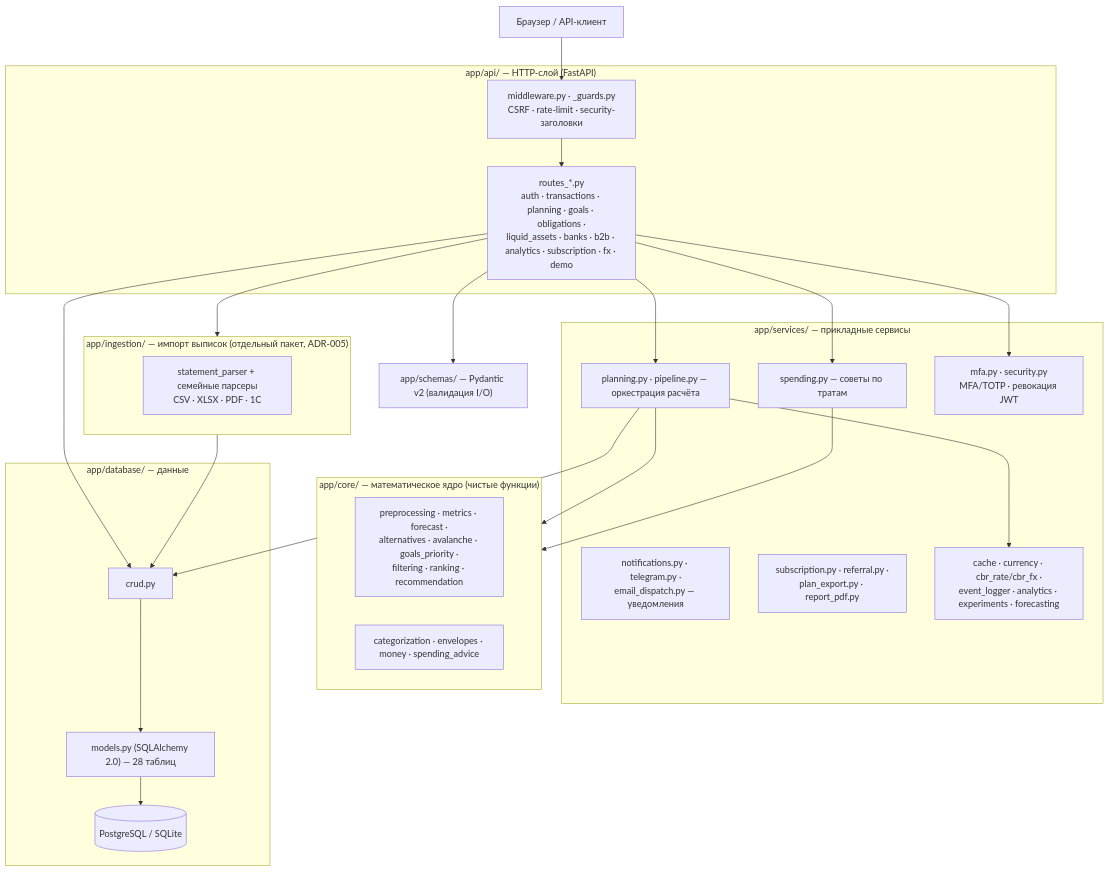
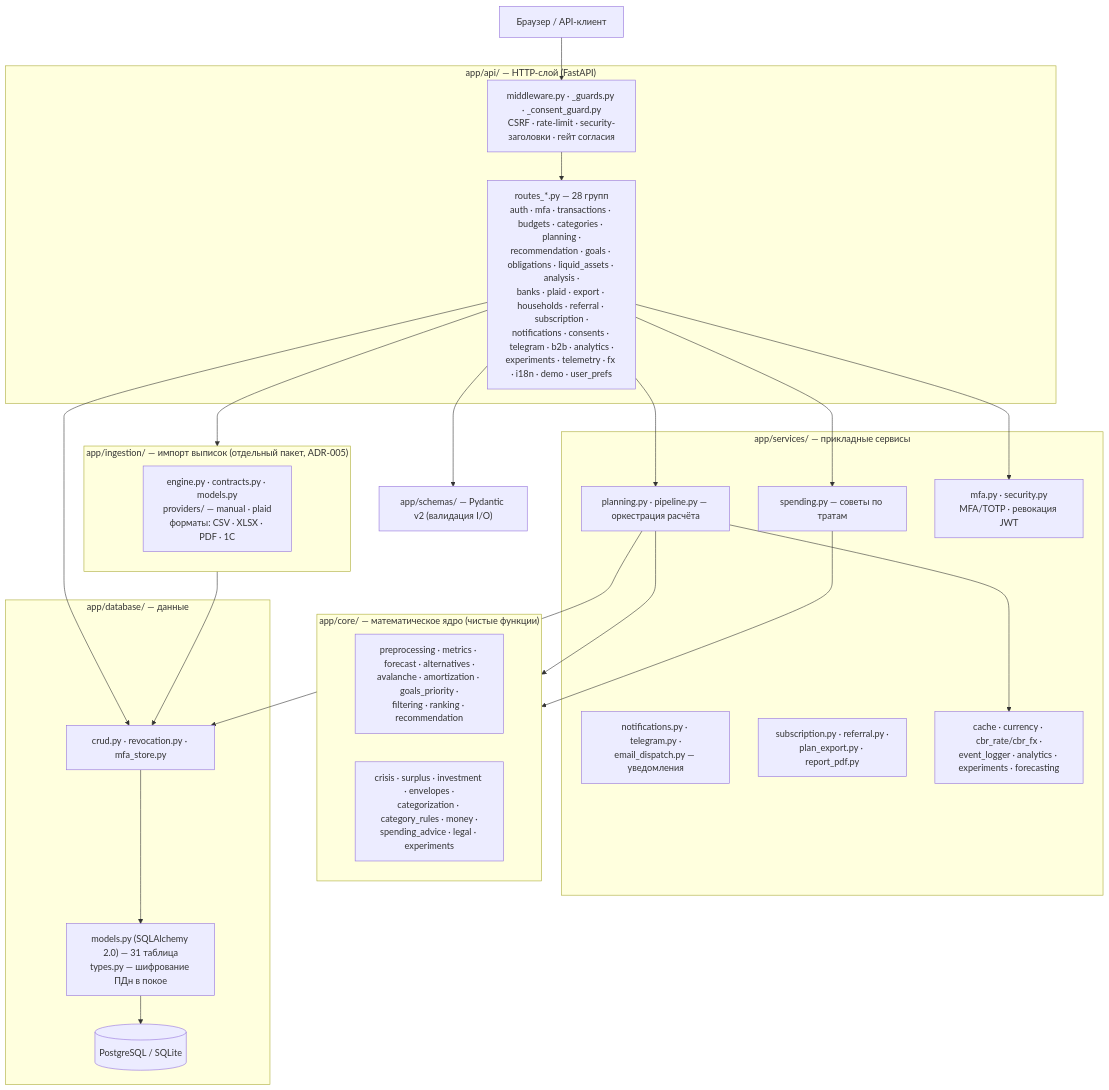
The first of 10 diagrams in docs/diagrams.md (vevdokimovm/personal-finance-dss), drawn with Mermaid before and after one commit. The commit also changed other lines of this file and 59 other files, not shown here.

Commit message:
personal-finance-dss v9.13.3 — ВЛ-29 закрыт: гейты судят по публикуемому контуру, блокирующие джобы CI зелёные, README и диаграммы приведены к коду

````diff
--- a/docs/diagrams.md
+++ b/docs/diagrams.md
@@ -29,50 +30,50 @@
 ```mermaid
 flowchart TD
     Client["Браузер / API-клиент"]
 
     subgraph HTTP["app/api/ — HTTP-слой (FastAPI)"]
-        Routes["routes_*.py<br/>auth · transactions · planning · goals · obligations ·<br/>liquid_assets · banks · b2b · analytics · subscription · fx · demo"]
-        MW["middleware.py · _guards.py<br/>CSRF · rate-limit · security-заголовки"]
+        Routes["routes_*.py — 28 групп<br/>auth · mfa · transactions · budgets · categories · planning ·<br/>recommendation · goals · obligations · liquid_assets · analysis ·<br/>banks · plaid · export · households · referral · subscription ·<br/>notifications · consents · telegram · b2b · analytics ·<br/>experiments · telemetry · fx · i18n · demo · user_prefs"]
+        MW["middleware.py · _guards.py · _consent_guard.py<br/>CSRF · rate-limit · security-заголовки · гейт согласия"]
     end
 
     subgraph SVC["app/services/ — прикладные сервисы"]
         Planning["planning.py · pipeline.py — оркестрация расчёта"]
         Spending["spending.py — советы по тратам"]
         AuthSvc["mfa.py · security.py<br/>MFA/TOTP · ревокация JWT"]
         Notif["notifications.py · telegram.py ·<br/>email_dispatch.py — уведомления"]
         Money["subscription.py · referral.py ·<br/>plan_export.py · report_pdf.py"]
         Infra["cache · currency · cbr_rate/cbr_fx ·<br/>event_logger · analytics · experiments · forecasting"]
     end
 
     subgraph ING["app/ingestion/ — импорт выписок (отдельный пакет, ADR-005)"]
-        Parsers["statement_parser + семейные парсеры<br/>CSV · XLSX · PDF · 1C"]
+        Parsers["engine.py · contracts.py · models.py<br/>providers/ — manual · plaid<br/>форматы: CSV · XLSX · PDF · 1C"]
     end
 
     subgraph CORE["app/core/ — математическое ядро (чистые функции)"]
         direction LR
-        Pipeline["preprocessing · metrics · forecast ·<br/>alternatives · avalanche · goals_priority ·<br/>filtering · ranking · recommendation"]
-        Support["categorization · envelopes · money · spending_advice"]
+        Pipeline["preprocessing · metrics · forecast · alternatives ·<br/>avalanche · amortization · goals_priority ·<br/>filtering · ranking · recommendation"]
+        Support["crisis · surplus · investment · envelopes ·<br/>categorization · category_rules · money ·<br/>spending_advice · legal · experiments"]
     end
 
     subgraph DATA["app/database/ — данные"]
-        CRUD["crud.py"]
-        Models["models.py (SQLAlchemy 2.0) — 28 таблиц"]
+        CRUD["crud.py · revocation.py · mfa_store.py"]
+        Models["models.py (SQLAlchemy 2.0) — 31 таблица<br/>types.py — шифрование ПДн в покое"]
         DB[("PostgreSQL / SQLite")]
     end
 
     Schemas["app/schemas/ — Pydantic v2 (валидация I/O)"]
 
     Client --> MW --> Routes
     Routes --> Schemas
     Routes --> Planning
     Routes --> Spending
     Routes --> AuthSvc
     Routes --> ING
     Routes --> CRUD
     Planning --> Pipeline
     Planning --> CRUD
     Planning --> Infra
     Spending --> Support
     ING --> CRUD
     CRUD --> Models --> DB
 ```
````
